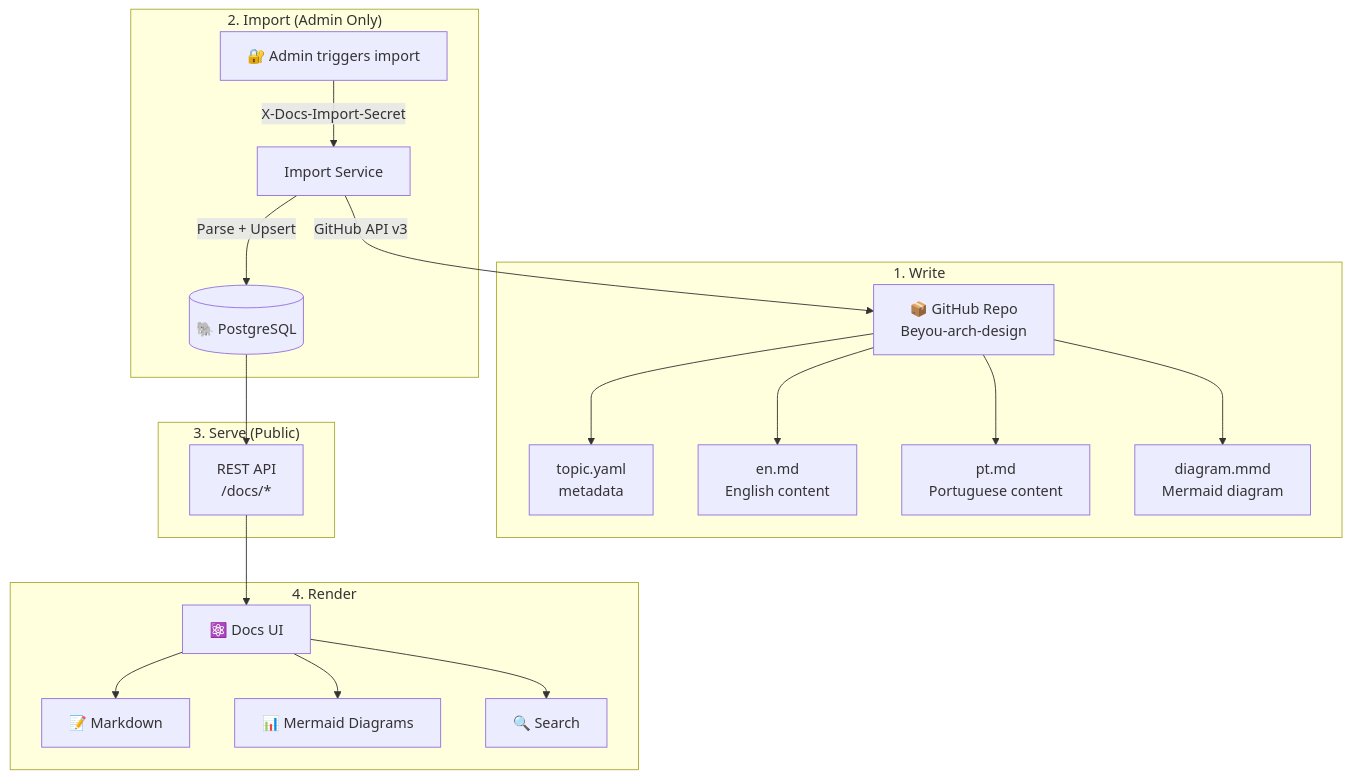
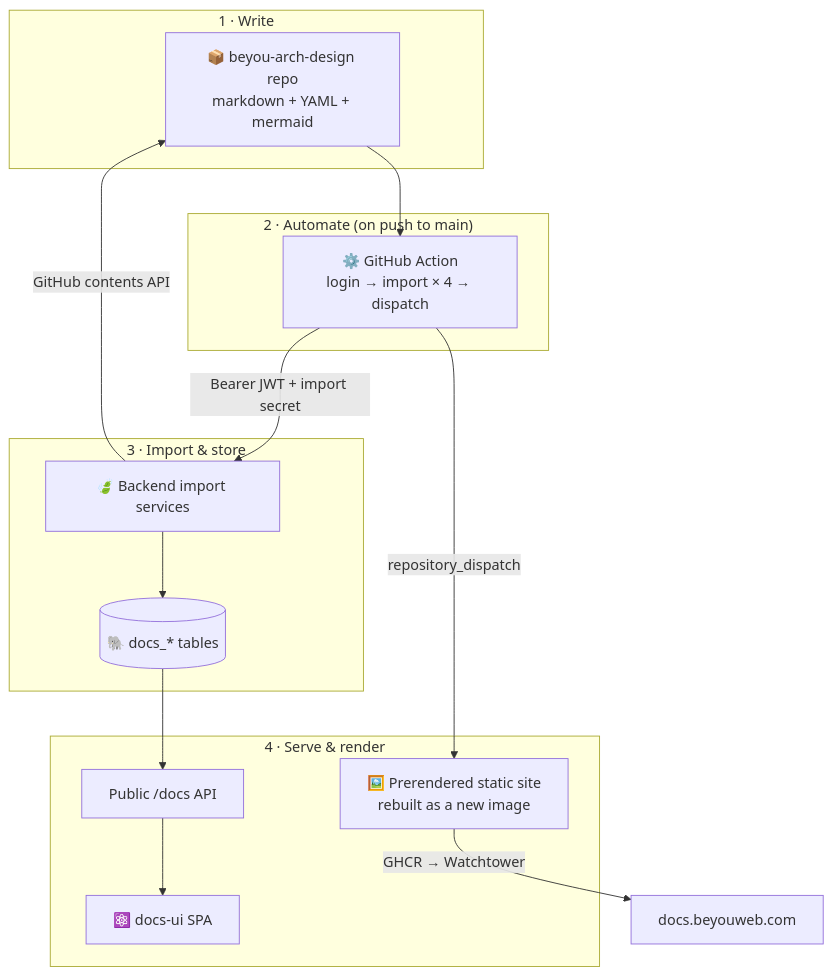
Before and after one commit to AndDev741/Beyou-arch-design: the diagram in architecture/docs-system/en.md, drawn with Mermaid. The commit also changed other lines of this file and 3 other files, not shown here.

First line of the commit message:
docs(architecture): docs-system topic learns about its own automation

````diff
--- a/architecture/docs-system/en.md
+++ b/architecture/docs-system/en.md
@@ -12,28 +10,30 @@
 ```mermaid
 flowchart TD
-  subgraph "1. Write"
-    GH["📦 GitHub Repo<br/>Beyou-arch-design"]
-    GH --> YAML["topic.yaml<br/>metadata"]
-    GH --> EN["en.md<br/>English content"]
-    GH --> PT["pt.md<br/>Portuguese content"]
-    GH --> MMD["diagram.mmd<br/>Mermaid diagram"]
+  subgraph write["1 · Write"]
+    GH["📦 beyou-arch-design repo<br/>markdown + YAML + mermaid"]
   end
 
-  subgraph "2. Import (Admin Only)"
-    ADM["🔐 Admin triggers import"]
-    ADM -->|"X-Docs-Import-Secret"| IMP["Import Service"]
-    IMP -->|"GitHub API v3"| GH
-    IMP -->|"Parse + Upsert"| DB[("🐘 PostgreSQL")]
+  subgraph automate["2 · Automate (on push to main)"]
+    WF["⚙️ GitHub Action<br/>login → import × 4 → dispatch"]
   end
 
-  subgraph "3. Serve (Public)"
-    DB --> API["REST API<br/>/docs/*"]
+  subgraph store["3 · Import & store"]
+    BE["🍃 Backend import services"]
+    DB[("🐘 docs_* tables")]
   end
 
-  subgraph "4. Render"
-    API --> UI["⚛️ Docs UI"]
-    UI --> MD["📝 Markdown"]
-    UI --> DIA["📊 Mermaid Diagrams"]
-    UI --> SEARCH["🔍 Search"]
+  subgraph serve["4 · Serve & render"]
+    API["Public /docs API"]
+    UI["⚛️ docs-ui SPA"]
+    PRE["🖼️ Prerendered static site<br/>rebuilt as a new image"]
   end
+
+  GH --> WF
+  WF -->|"Bearer JWT + import secret"| BE
+  BE -->|"GitHub contents API"| GH
+  BE --> DB
+  DB --> API
+  API --> UI
+  WF -->|"repository_dispatch"| PRE
+  PRE -->|"GHCR → Watchtower"| LIVE["docs.beyouweb.com"]
 ```
````
